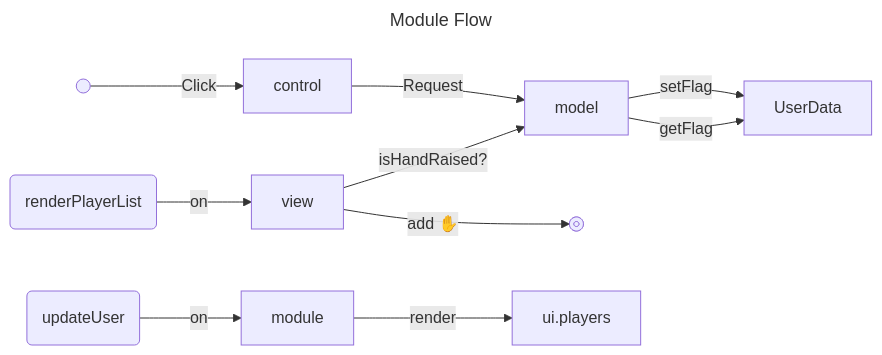
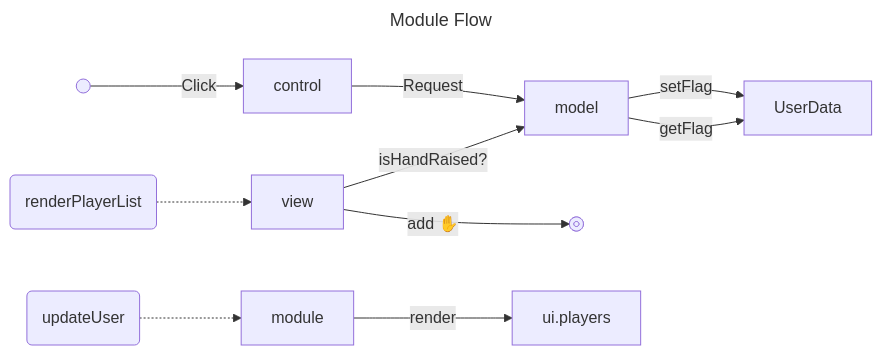
One commit to shillberry/raise-hand-foundryvtt changed the diagram in README.md. Above: the diagram before and after it, drawn with Mermaid.

Commit message:
clarify event hooks relation in README

````diff
--- a/README.md
+++ b/README.md
@@ -8,32 +8,32 @@
 ```mermaid
 ---
 title: Module Flow
 ---
 flowchart LR
     start@{shape: start}
     stop@{shape: stop}
     updateUser@{shape: event}
     renderPlayerList@{shape: event}
 
     control
     view
     model
     UserData
 
     start -- Click --> control
     control -- Request --> model
     model -- setFlag --> UserData
 
     %% UserData -- fire --> updateUser
 
-    updateUser -- on --> module
+    updateUser -.-> module
     module -- render --> ui.players
 
     %% ui.players -- fire --> renderPlayerList
 
-    renderPlayerList -- on --> view
+    renderPlayerList -.-> view
     view -- isHandRaised? --> model
     model -- getFlag --> UserData
 
     view -- add ✋ --> stop
 ```
````
